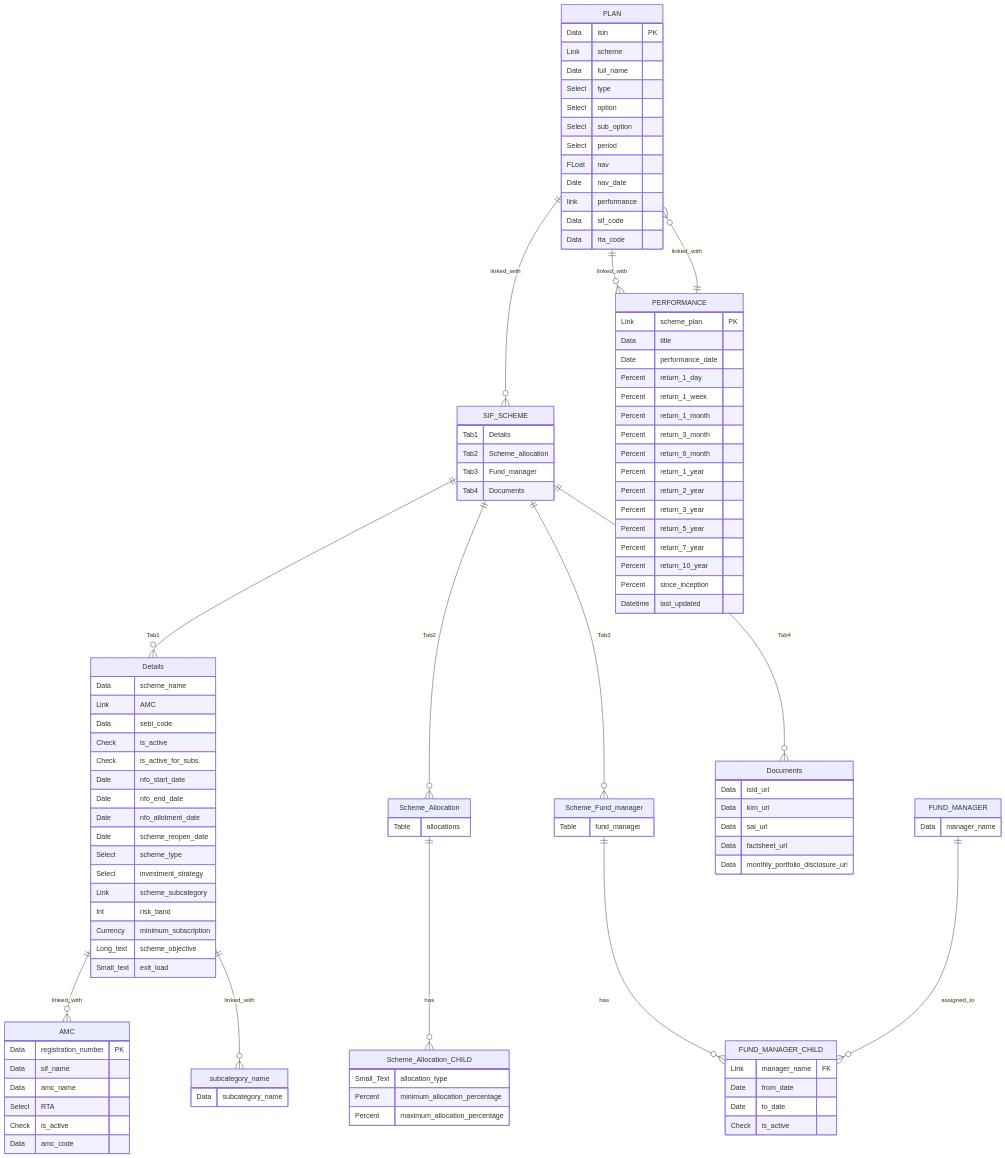
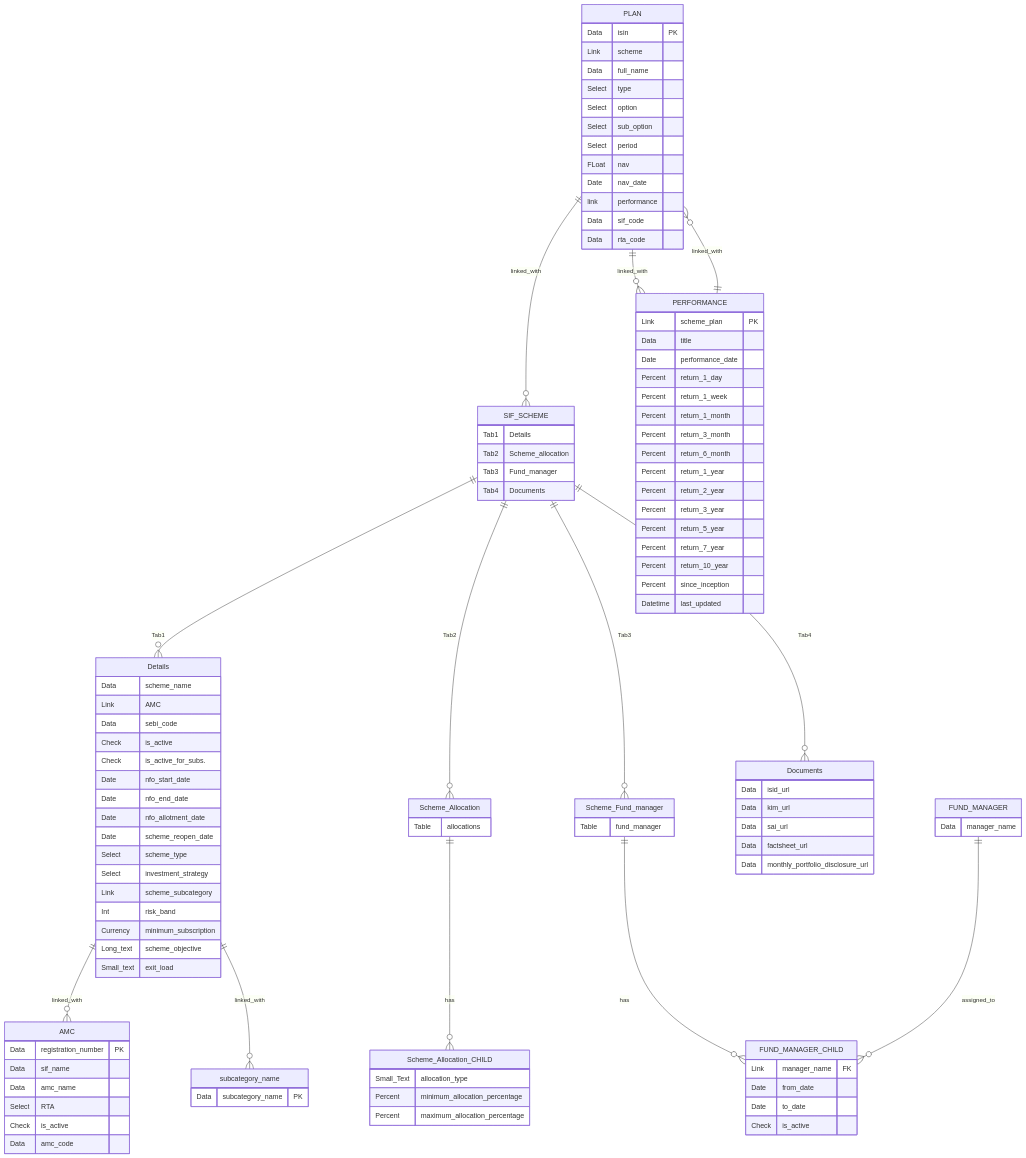
Before and after one commit to Satyam4755/My_SIF: the diagram in sif_app/DOCTYPE architecture ER diagram.md, drawn with Mermaid.

Commit message:
Update DOCTYPE architecture ER diagram.md

```diff
--- a/sif_app/DOCTYPE architecture ER diagram.md
+++ b/sif_app/DOCTYPE architecture ER diagram.md
@@ -84,7 +84,7 @@
     }
 
     subcategory_name{
-        Data subcategory_name
+        Data subcategory_name PK
     }
 
     PLAN {
```
